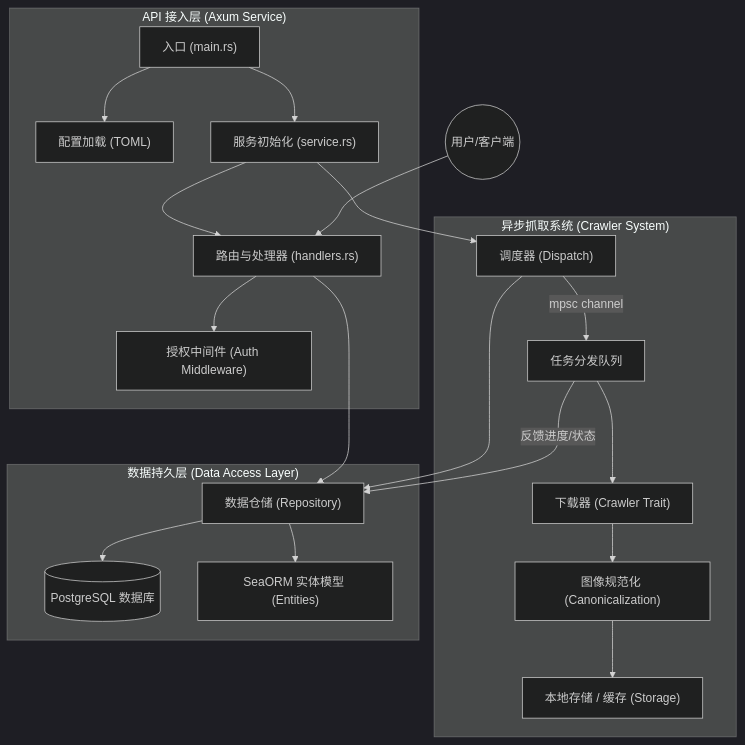
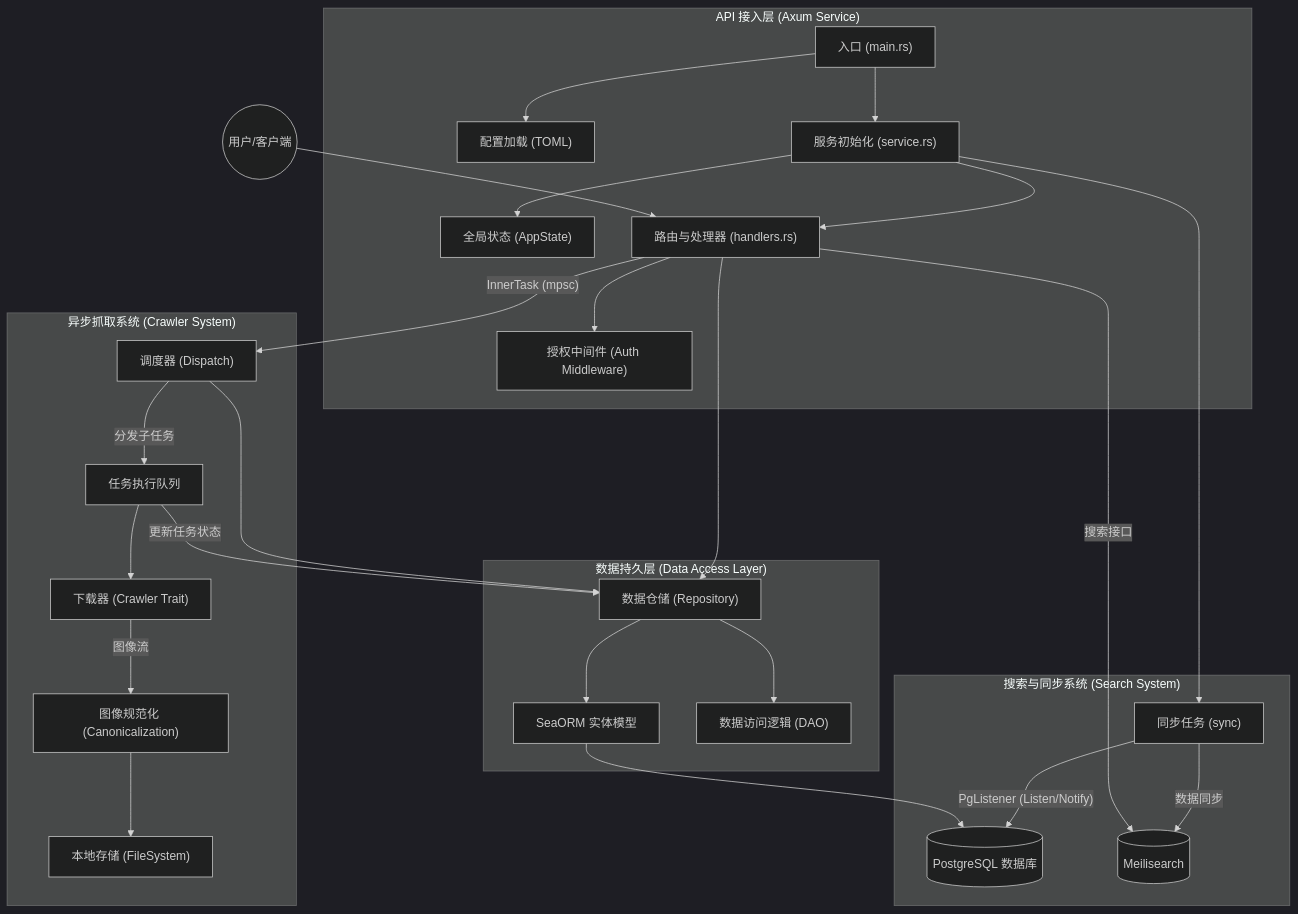
The diagram in README.md (NetSalmon/mangad-neon), drawn with Mermaid (dark theme) before and after one commit. The commit also changed 12 other files, not shown here.

````diff
--- a/README.md
+++ b/README.md
@@ -1,27 +1,37 @@
 ```mermaid
 graph TD
     subgraph "API 接入层 (Axum Service)"
         Main["入口 (main.rs)"] --> Config["配置加载 (TOML)"]
         Main --> Service["服务初始化 (service.rs)"]
+        Service --> State["全局状态 (AppState)"]
         Service --> Router["路由与处理器 (handlers.rs)"]
         Router --> Middleware["授权中间件 (Auth Middleware)"]
     end
 
     subgraph "异步抓取系统 (Crawler System)"
-        Service --> Dispatch["调度器 (Dispatch)"]
-        Dispatch -- "mpsc channel" --> TaskQueue["任务分发队列"]
+        Router -- "InnerTask (mpsc)" --> Dispatch["调度器 (Dispatch)"]
+        Dispatch -- "分发子任务" --> TaskQueue["任务执行队列"]
         TaskQueue --> Downloader["下载器 (Crawler Trait)"]
-        Downloader --> Canonical["图像规范化 (Canonicalization)"]
-        Canonical --> Storage["本地存储 / 缓存 (Storage)"]
+        Downloader -- "图像流" --> Canonical["图像规范化 (Canonicalization)"]
+        Canonical --> Storage["本地存储 (FileSystem)"]
+    end
+
+    subgraph "搜索与同步系统 (Search System)"
+        Service --> Sync["同步任务 (sync)"]
+        Sync -- "PgListener (Listen/Notify)" --> DB
+        Sync -- "数据同步" --> Meili[("Meilisearch")]
+        Router -- "搜索接口" --> Meili
     end
 
     subgraph "数据持久层 (Data Access Layer)"
-        Router --> Repo["数据仓储 (Repository)"]
-        Dispatch --> Repo
-        Repo --> DB[("PostgreSQL 数据库")]
-        Repo --> ORM["SeaORM 实体模型 (Entities)"]
+        Repo["数据仓储 (Repository)"]
+        Repo --> ORM["SeaORM 实体模型"]
+        ORM --> DB[("PostgreSQL 数据库")]
+        Repo --> DAO["数据访问逻辑 (DAO)"]
     end
 
     User((用户/客户端)) --> Router
-    TaskQueue -- "反馈进度/状态" --> Repo
+    Router --> Repo
+    Dispatch --> Repo
+    TaskQueue -- "更新任务状态" --> Repo
 ```
````
